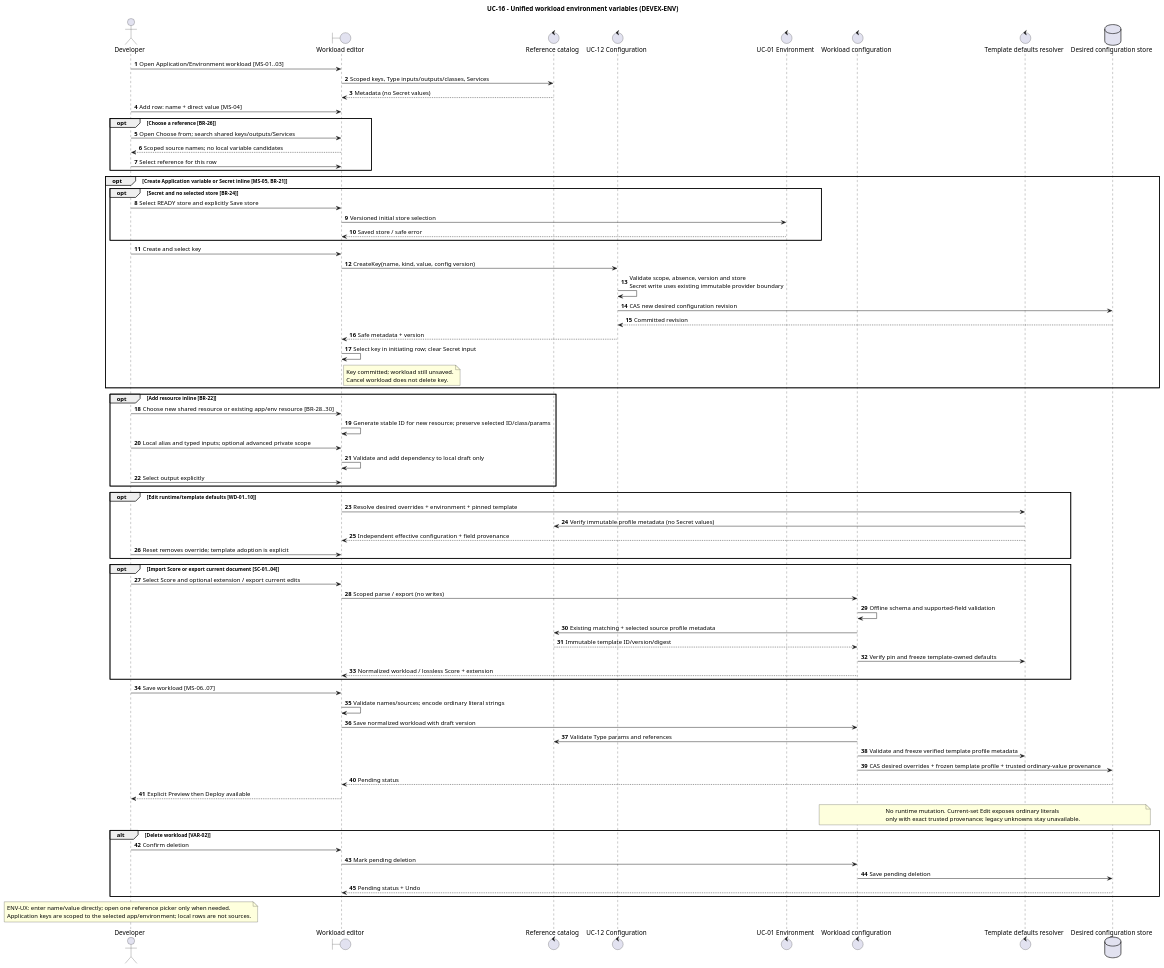
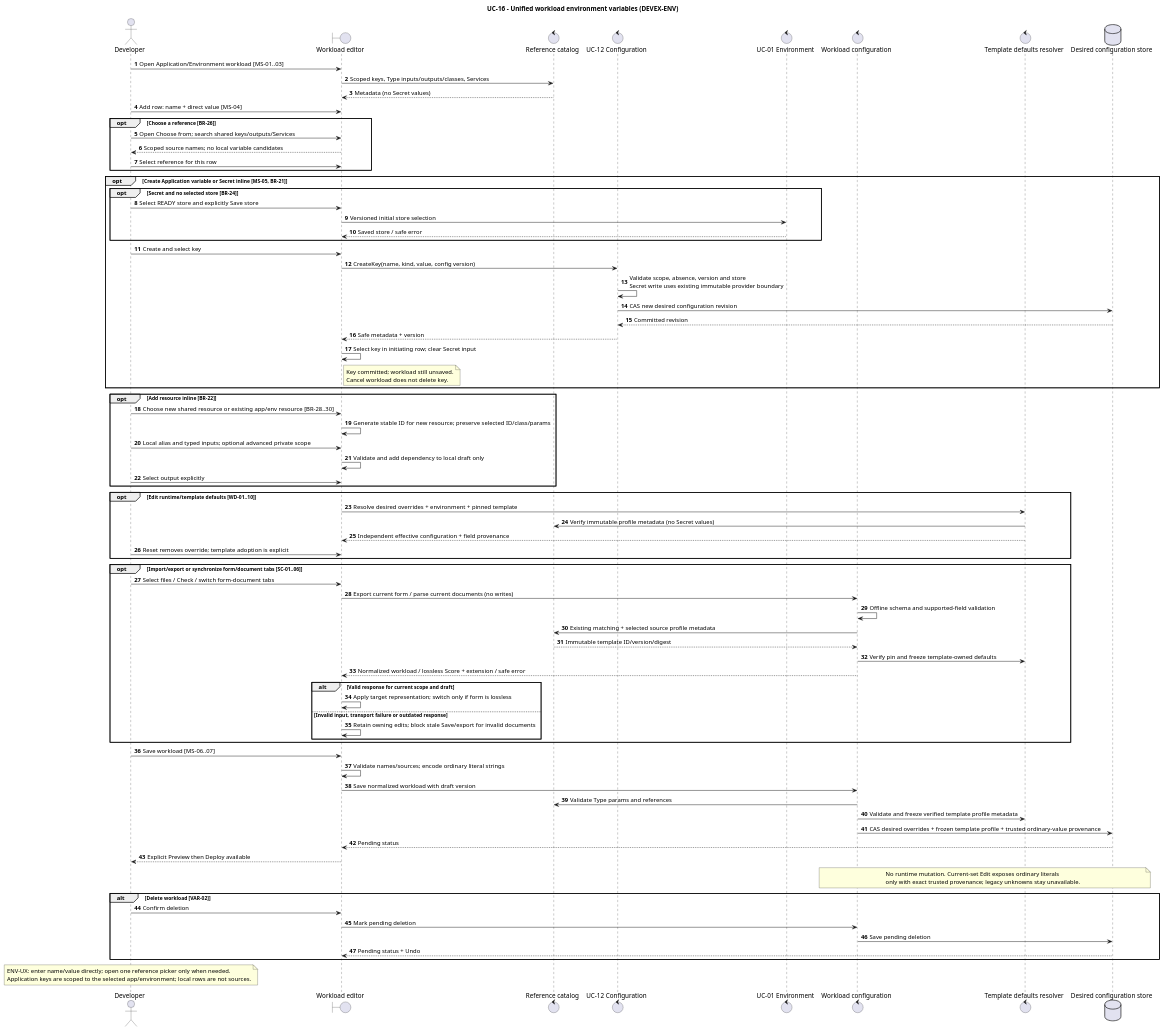
One commit to pr3s3nt/poc changed the diagram in orchestrator_docs/usecase/UC-16/sequence.puml. Above: the diagram before and after it, drawn with PlantUML. The commit also changed 17 other files, not shown here.

Commit message:
feat: synchronize workload form and Score document tabs (Refs #83)

```diff
--- a/orchestrator_docs/usecase/UC-16/sequence.puml
+++ b/orchestrator_docs/usecase/UC-16/sequence.puml
@@ -1,84 +1,89 @@
 @startuml
 title UC-16 - Unified workload environment variables (DEVEX-ENV)
 autonumber
 actor Developer as Dev
 boundary "Workload editor" as UI
 control "Reference catalog" as Catalog
 control "UC-12 Configuration" as Keys
 control "UC-01 Environment" as Env
 control "Workload configuration" as Config
 control "Template defaults resolver" as Defaults
 database "Desired configuration store" as Store
 
 Dev -> UI: Open Application/Environment workload [MS-01..03]
 UI -> Catalog: Scoped keys, Type inputs/outputs/classes, Services
 Catalog --> UI: Metadata (no Secret values)
 Dev -> UI: Add row: name + direct value [MS-04]
 opt Choose a reference [BR-26]
   Dev -> UI: Open Choose from; search shared keys/outputs/Services
   UI --> Dev: Scoped source names; no local variable candidates
   Dev -> UI: Select reference for this row
 end
 opt Create Application variable or Secret inline [MS-05, BR-21]
   opt Secret and no selected store [BR-24]
     Dev -> UI: Select READY store and explicitly Save store
     UI -> Env: Versioned initial store selection
     Env --> UI: Saved store / safe error
   end
   Dev -> UI: Create and select key
   UI -> Keys: CreateKey(name, kind, value, config version)
   Keys -> Keys: Validate scope, absence, version and store\nSecret write uses existing immutable provider boundary
   Keys -> Store: CAS new desired configuration revision
   Store --> Keys: Committed revision
   Keys --> UI: Safe metadata + version
   UI -> UI: Select key in initiating row; clear Secret input
   note right of UI
     Key committed; workload still unsaved.
     Cancel workload does not delete key.
   end note
 end
 opt Add resource inline [BR-22]
   Dev -> UI: Choose new shared resource or existing app/env resource [BR-28..30]
   UI -> UI: Generate stable ID for new resource; preserve selected ID/class/params
   Dev -> UI: Local alias and typed inputs; optional advanced private scope
   UI -> UI: Validate and add dependency to local draft only
   Dev -> UI: Select output explicitly
 end
 opt Edit runtime/template defaults [WD-01..10]
  UI -> Defaults: Resolve desired overrides + environment + pinned template
  Defaults -> Catalog: Verify immutable profile metadata (no Secret values)
  Defaults --> UI: Independent effective configuration + field provenance
  Dev -> UI: Reset removes override; template adoption is explicit
 end
-opt Import Score or export current document [SC-01..04]
-  Dev -> UI: Select Score and optional extension / export current edits
-  UI -> Config: Scoped parse / export (no writes)
+opt Import/export or synchronize form/document tabs [SC-01..06]
+  Dev -> UI: Select files / Check / switch form-document tabs
+  UI -> Config: Export current form / parse current documents (no writes)
   Config -> Config: Offline schema and supported-field validation
   Config -> Catalog: Existing matching + selected source profile metadata
   Catalog --> Config: Immutable template ID/version/digest
   Config -> Defaults: Verify pin and freeze template-owned defaults
-  Config --> UI: Normalized workload / lossless Score + extension
+  Config --> UI: Normalized workload / lossless Score + extension / safe error
+  alt Valid response for current scope and draft
+    UI -> UI: Apply target representation; switch only if form is lossless
+  else Invalid input, transport failure or outdated response
+    UI -> UI: Retain owning edits; block stale Save/export for invalid documents
+  end
 end
 Dev -> UI: Save workload [MS-06..07]
 UI -> UI: Validate names/sources; encode ordinary literal strings
 UI -> Config: Save normalized workload with draft version
 Config -> Catalog: Validate Type params and references
 Config -> Defaults: Validate and freeze verified template profile metadata
 Config -> Store: CAS desired overrides + frozen template profile + trusted ordinary-value provenance
 Store --> UI: Pending status
 UI --> Dev: Explicit Preview then Deploy available
 note over Config,Store
   No runtime mutation. Current-set Edit exposes ordinary literals
   only with exact trusted provenance; legacy unknowns stay unavailable.
 end note
 alt Delete workload [VAR-02]
   Dev -> UI: Confirm deletion
   UI -> Config: Mark pending deletion
   Config -> Store: Save pending deletion
   Store --> UI: Pending status + Undo
 end
 note over Dev
 ENV-UX: enter name/value directly; open one reference picker only when needed.
 Application keys are scoped to the selected app/environment; local rows are not sources.
 end note
 @enduml
```
